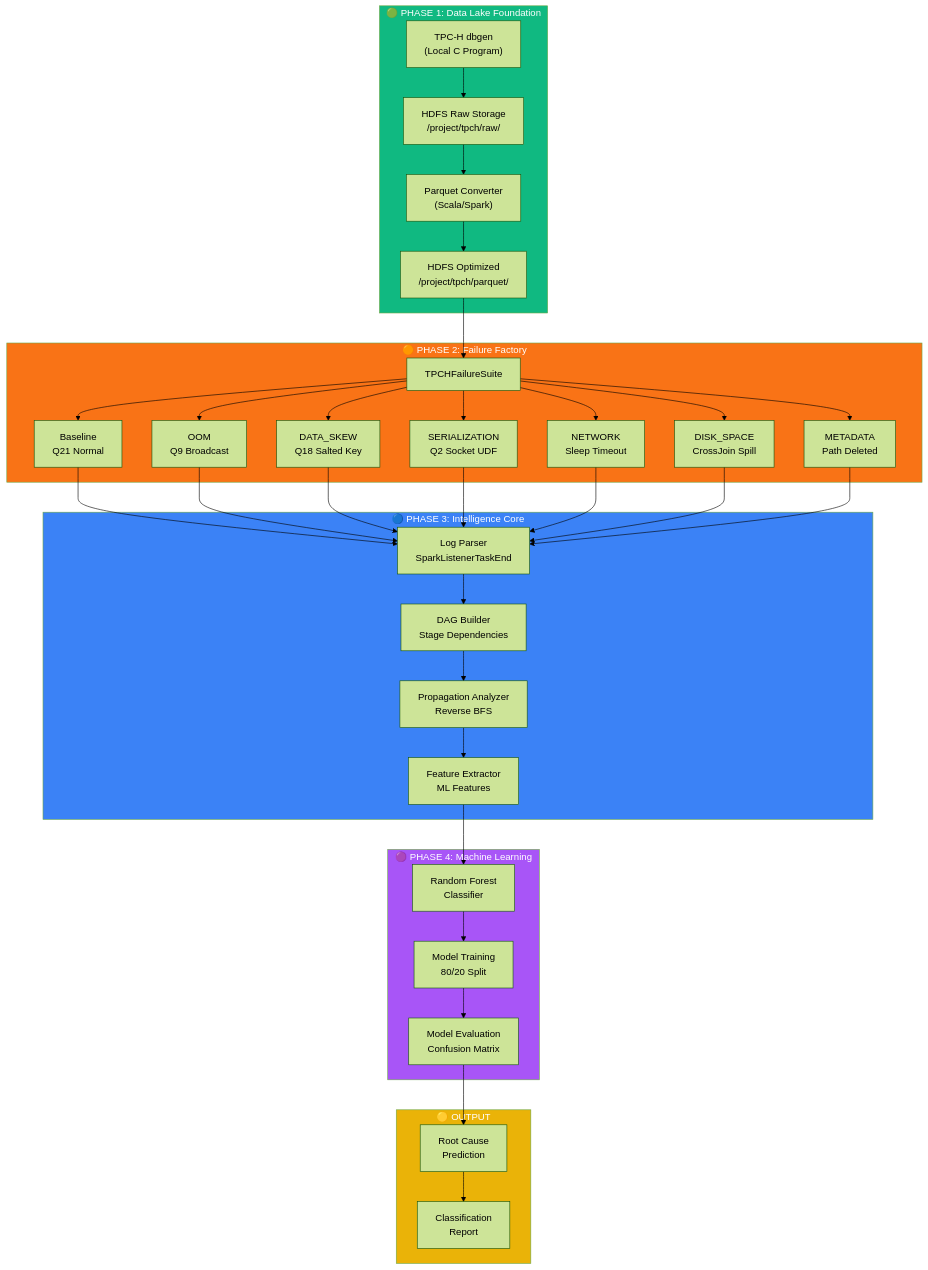
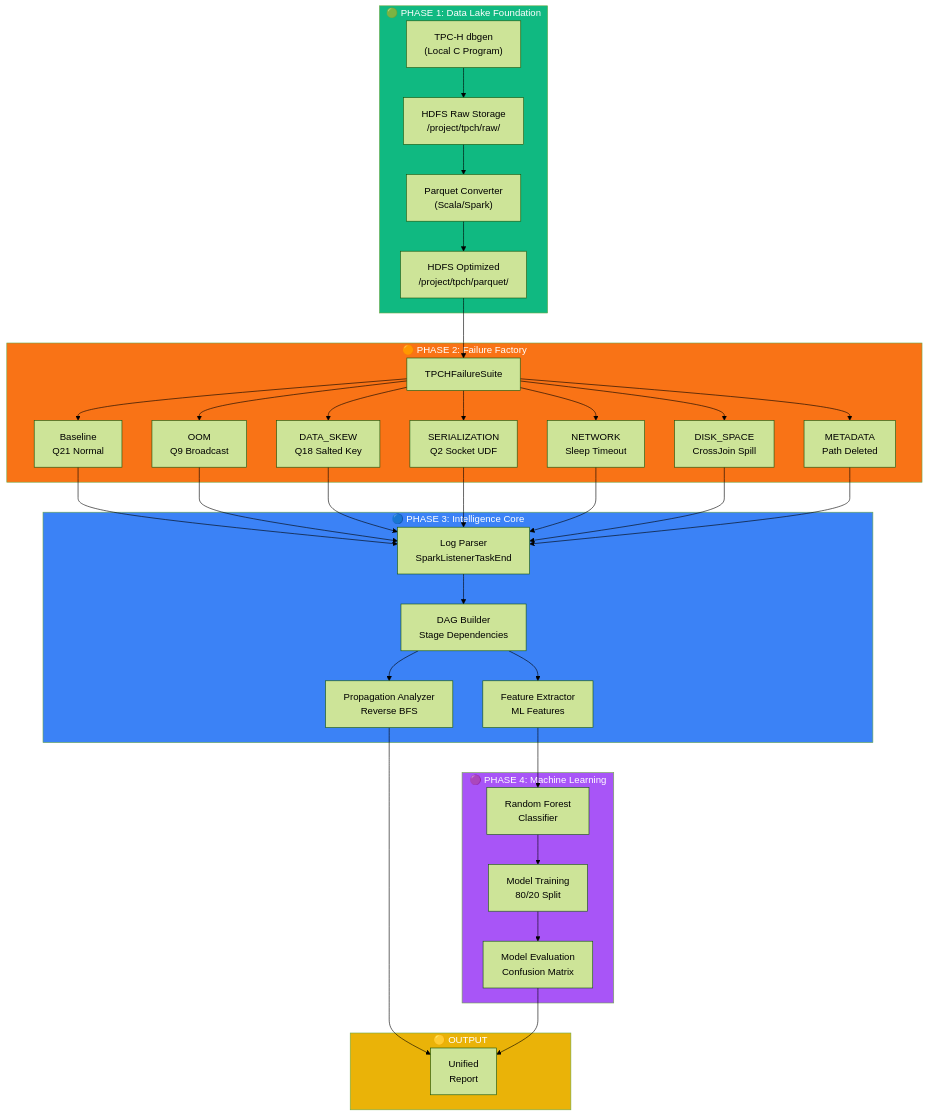
The diagram in docs/architecture.md (nitheshkummarc/Spark-Failure-Propagation-Root-Cause-Analytics), drawn with Mermaid (forest theme) before and after one commit. The commit also changed other lines of this file and 6 other files, not shown here.

Commit message:
Docs consistency sweep: clarify dataset count, fix diagrams, remove single root cause assumption

````diff
--- a/docs/architecture.md
+++ b/docs/architecture.md
@@ -11,76 +11,73 @@
 ```mermaid
 flowchart TB
     subgraph Phase1["🟢 PHASE 1: Data Lake Foundation"]
         A1["TPC-H dbgen<br/>(Local C Program)"]
         A2["HDFS Raw Storage<br/>/project/tpch/raw/"]
         A3["Parquet Converter<br/>(Scala/Spark)"]
         A4["HDFS Optimized<br/>/project/tpch/parquet/"]
         
         A1 --> A2
         A2 --> A3
         A3 --> A4
     end
 
     subgraph Phase2["🟠 PHASE 2: Failure Factory"]
         B1["TPCHFailureSuite"]
         B2["Baseline<br/>Q21 Normal"]
         B3["OOM<br/>Q9 Broadcast"]
         B4["DATA_SKEW<br/>Q18 Salted Key"]
         B5["SERIALIZATION<br/>Q2 Socket UDF"]
         B6["NETWORK<br/>Sleep Timeout"]
         B7["DISK_SPACE<br/>CrossJoin Spill"]
         B8["METADATA<br/>Path Deleted"]
         
         B1 --> B2
         B1 --> B3
         B1 --> B4
         B1 --> B5
         B1 --> B6
         B1 --> B7
         B1 --> B8
     end
 
     subgraph Phase3["🔵 PHASE 3: Intelligence Core"]
         C1["Log Parser<br/>SparkListenerTaskEnd"]
         C2["DAG Builder<br/>Stage Dependencies"]
         C3["Propagation Analyzer<br/>Reverse BFS"]
         C4["Feature Extractor<br/>ML Features"]
         
         C1 --> C2
         C2 --> C3
-        C3 --> C4
+        C2 --> C4
     end
 
     subgraph Phase4["🟣 PHASE 4: Machine Learning"]
         D1["Random Forest<br/>Classifier"]
         D2["Model Training<br/>80/20 Split"]
         D3["Model Evaluation<br/>Confusion Matrix"]
         
         D1 --> D2
         D2 --> D3
     end
 
     subgraph Output["🟡 OUTPUT"]
-        E1["Root Cause<br/>Prediction"]
-        E2["Classification<br/>Report"]
-        
-        E1 --> E2
+        E1["Unified<br/>Report"]
     end
 
     A4 --> B1
     B2 --> C1
     B3 --> C1
     B4 --> C1
     B5 --> C1
     B6 --> C1
     B7 --> C1
     B8 --> C1
     C4 --> D1
+    C3 --> E1
     D3 --> E1
-
     style Phase1 fill:#10b981,color:#fff
     style Phase2 fill:#f97316,color:#fff
     style Phase3 fill:#3b82f6,color:#fff
     style Phase4 fill:#a855f7,color:#fff
     style Output fill:#eab308,color:#fff
 ```
````
